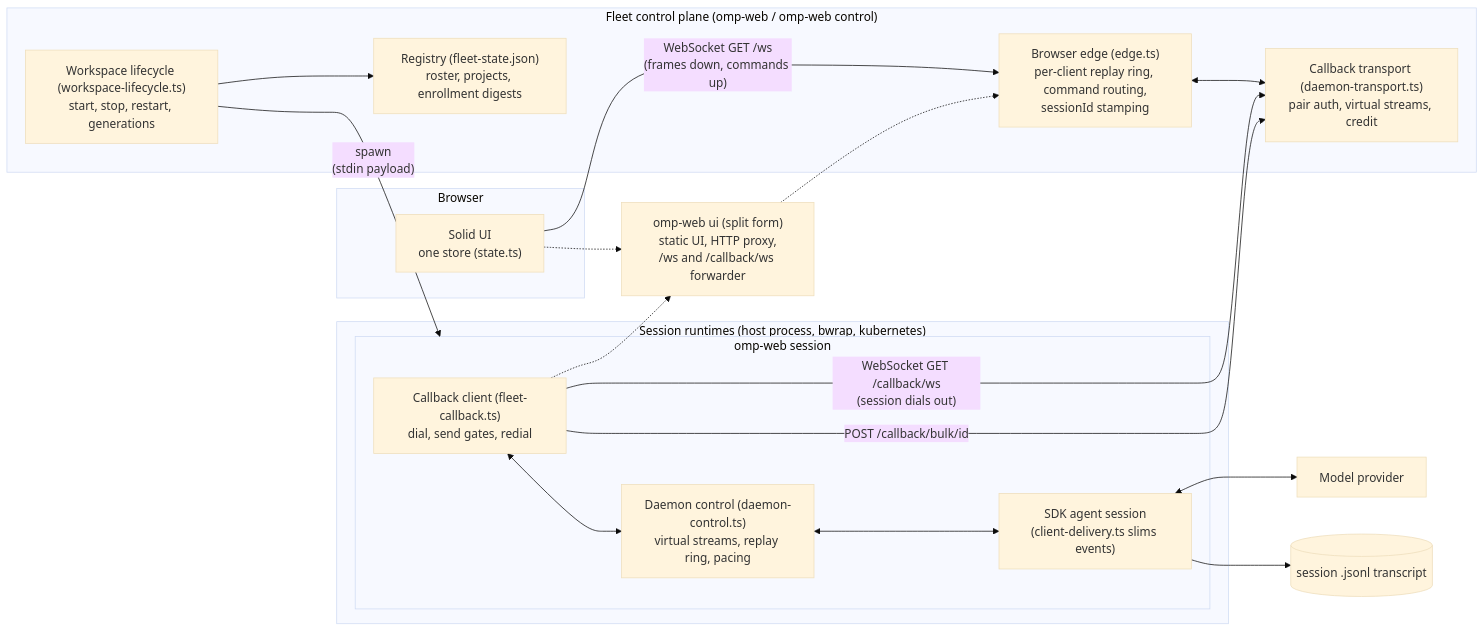
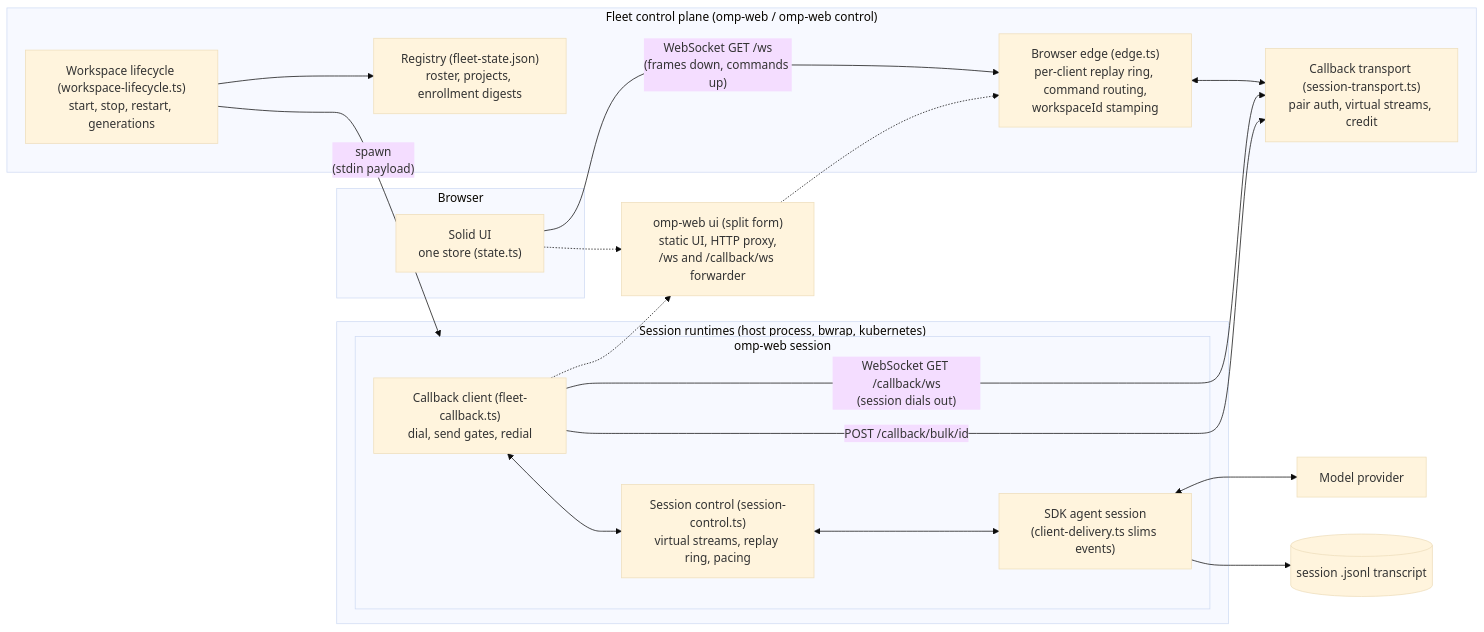
The first of 2 diagrams in docs/architecture.md (nibblebot/omp-web), drawn with Mermaid (base theme) before and after one commit. The commit also changed other lines of this file and 399 other files, not shown here.

First line of the commit message:
refactor: rename the session process from daemon to session/workspace; OMP_PROTO 6 (3a8h)

````diff
--- a/docs/architecture.md
+++ b/docs/architecture.md
@@ -14,40 +14,40 @@
 ```mermaid
 flowchart LR
   subgraph client["Browser"]
     ui["Solid UI<br/>one store (state.ts)"]
   end
 
   subgraph cp["Fleet control plane (omp-web / omp-web control)"]
-    edge["Browser edge (edge.ts)<br/>per-client replay ring, command routing,<br/>sessionId stamping"]
-    transport["Callback transport (daemon-transport.ts)<br/>pair auth, virtual streams, credit"]
+    edge["Browser edge (edge.ts)<br/>per-client replay ring, command routing,<br/>workspaceId stamping"]
+    transport["Callback transport (session-transport.ts)<br/>pair auth, virtual streams, credit"]
     lifecycle["Workspace lifecycle (workspace-lifecycle.ts)<br/>start, stop, restart, generations"]
     registry["Registry (fleet-state.json)<br/>roster, projects, enrollment digests"]
   end
 
   uiproc["omp-web ui (split form)<br/>static UI, HTTP proxy,<br/>/ws and /callback/ws forwarder"]
 
   subgraph runtimes["Session runtimes (host process, bwrap, kubernetes)"]
     subgraph sess["omp-web session"]
       cb["Callback client (fleet-callback.ts)<br/>dial, send gates, redial"]
-      dc["Daemon control (daemon-control.ts)<br/>virtual streams, replay ring, pacing"]
+      dc["Session control (session-control.ts)<br/>virtual streams, replay ring, pacing"]
       sdk["SDK agent session<br/>(client-delivery.ts slims events)"]
     end
   end
 
   model["Model provider"]
   jsonl[("session .jsonl transcript")]
 
   ui -- "WebSocket GET /ws<br/>(frames down, commands up)" --> edge
   ui -.-> uiproc
   uiproc -.-> edge
   edge <--> transport
   lifecycle --> registry
   lifecycle -- "spawn<br/>(stdin payload)" --> sess
   cb -- "WebSocket GET /callback/ws<br/>(session dials out)" --> transport
   cb -- "POST /callback/bulk/id" --> transport
   cb -.-> uiproc
   cb <--> dc
   dc <--> sdk
   sdk <--> model
   sdk --> jsonl
 ```
````
